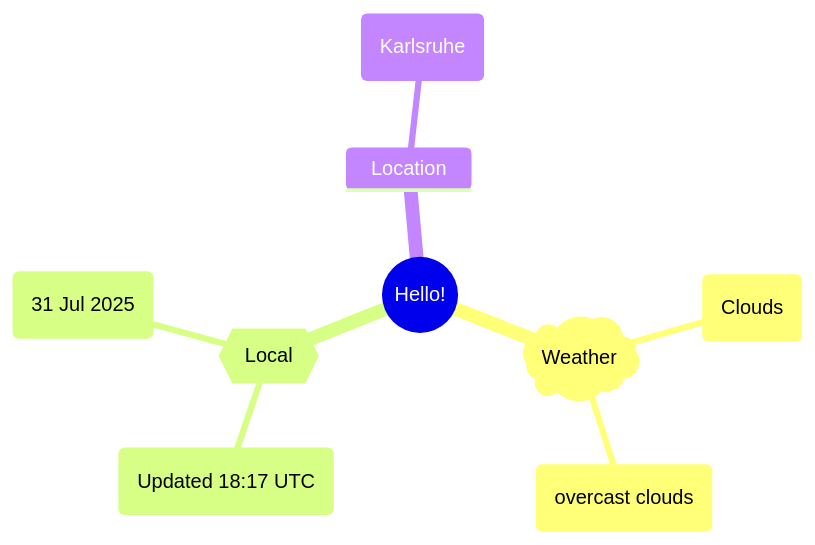
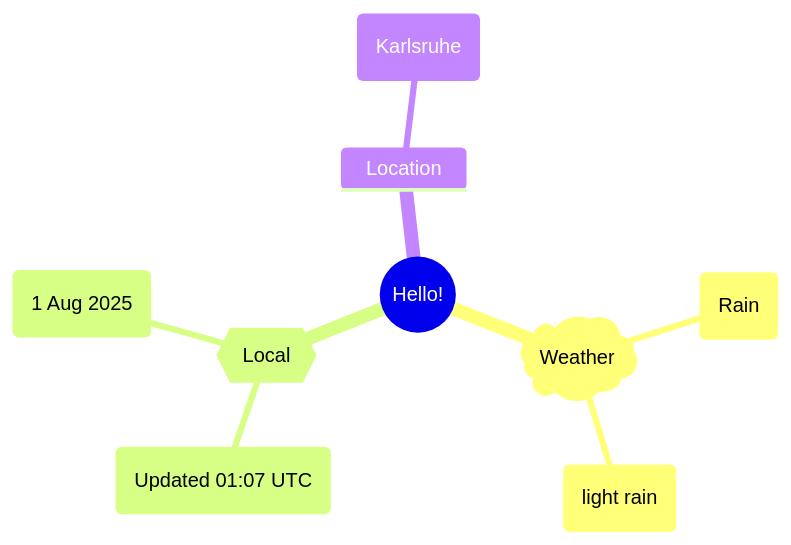
The first of 2 diagrams in README.md (Xosrov/Xosrov), drawn with Mermaid before and after one commit.

Commit message:
[bot] updated images

````diff
--- a/README.md
+++ b/README.md
@@ -3,12 +3,12 @@
 ```mermaid
 mindmap
   root((Hello!))
     )Weather(
-        (Clouds)
-        (overcast clouds)
+        (Rain)
+        (light rain)
     {{Local}}
-        (Updated 18:17 UTC)
-        (31 Jul 2025)
+        (Updated 01:07 UTC)
+        (1 Aug 2025)
     Location
         (Karlsruhe)
 ```
````
